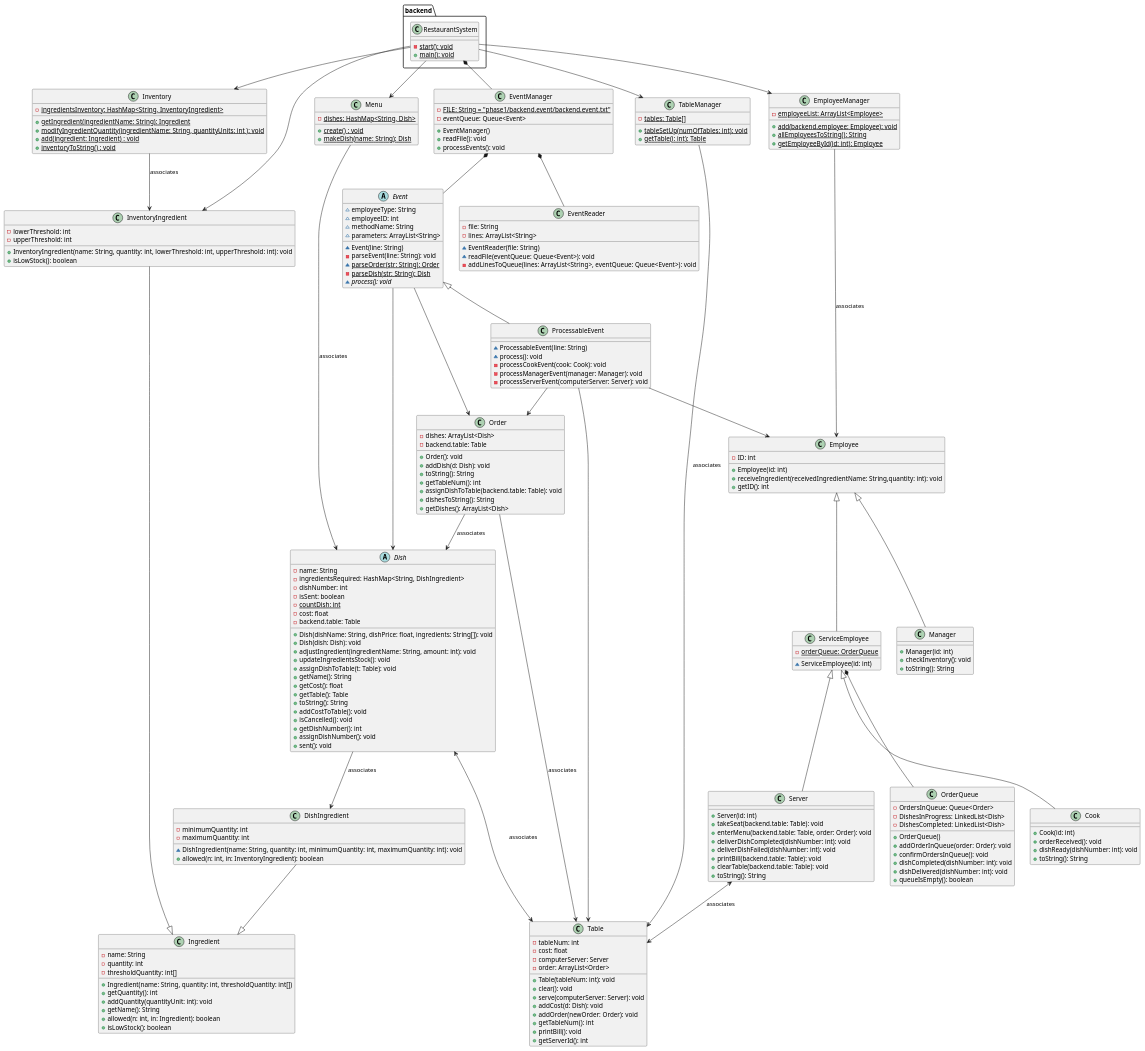
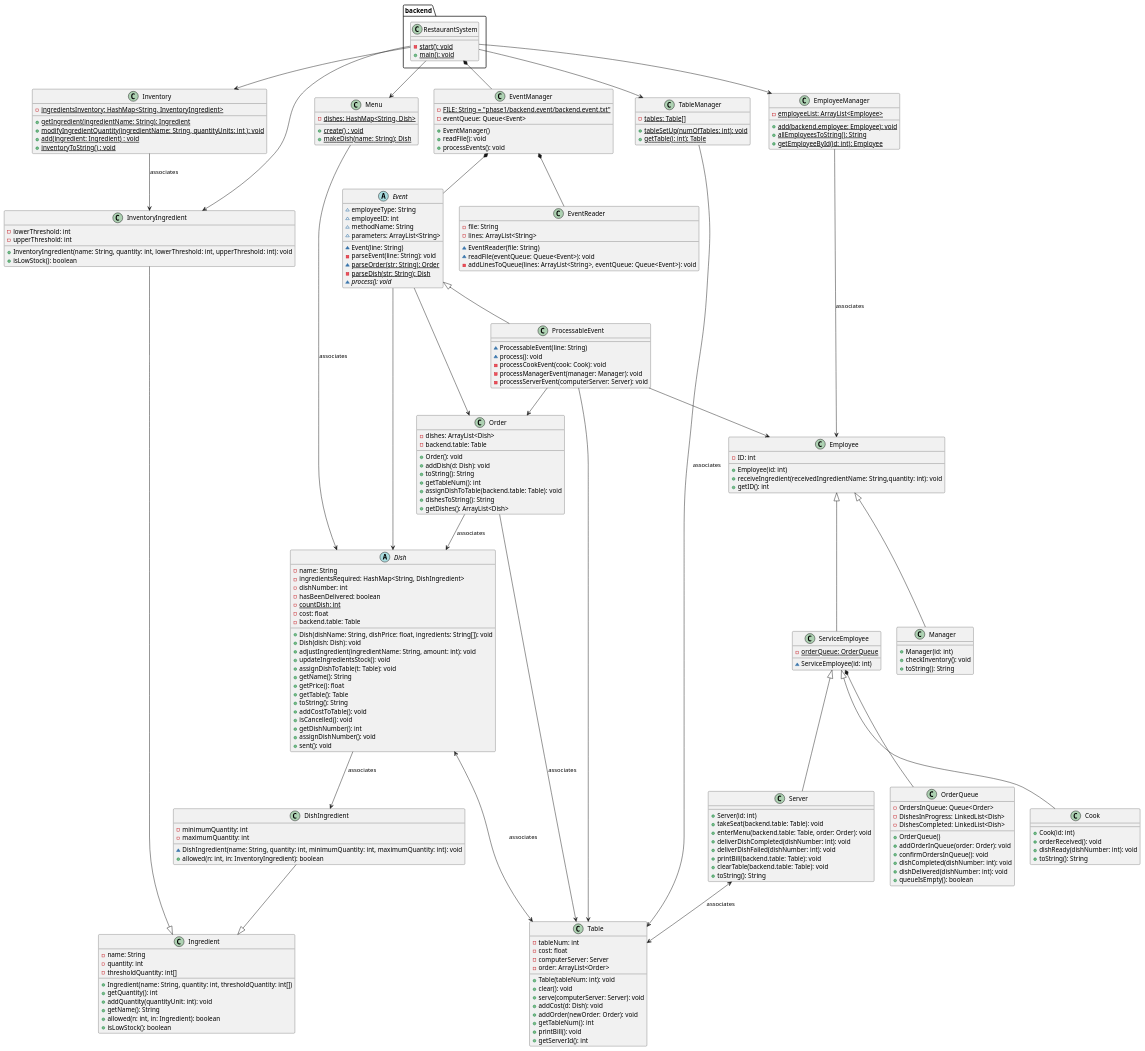
The diagram in phase1/etc/phase1uml.puml (billangli/RestaurantSystem), drawn with PlantUML before and after one commit. The commit also changed 6 other files, not shown here.

Commit message:
- Polished the javadoc for DishRecipe - Changed the name of the DishRecipe.getCost() method to DishRecipe.getPrice()

```diff
--- a/phase1/etc/phase1uml.puml
+++ b/phase1/etc/phase1uml.puml
@@ -109,7 +109,7 @@
 - name: String
 - ingredientsRequired: HashMap<String, DishIngredient>
 - dishNumber: int
-- isSent: boolean
+- hasBeenDelivered: boolean
 - {static} countDish: int
 - cost: float
 - backend.table: Table
@@ -119,7 +119,7 @@
 + updateIngredientsStock(): void
 + assignDishToTable(t: Table): void
 + getName(): String
-+ getCost(): float
++ getPrice(): float
 + getTable(): Table
 + toString(): String
 + addCostToTable(): void
```
